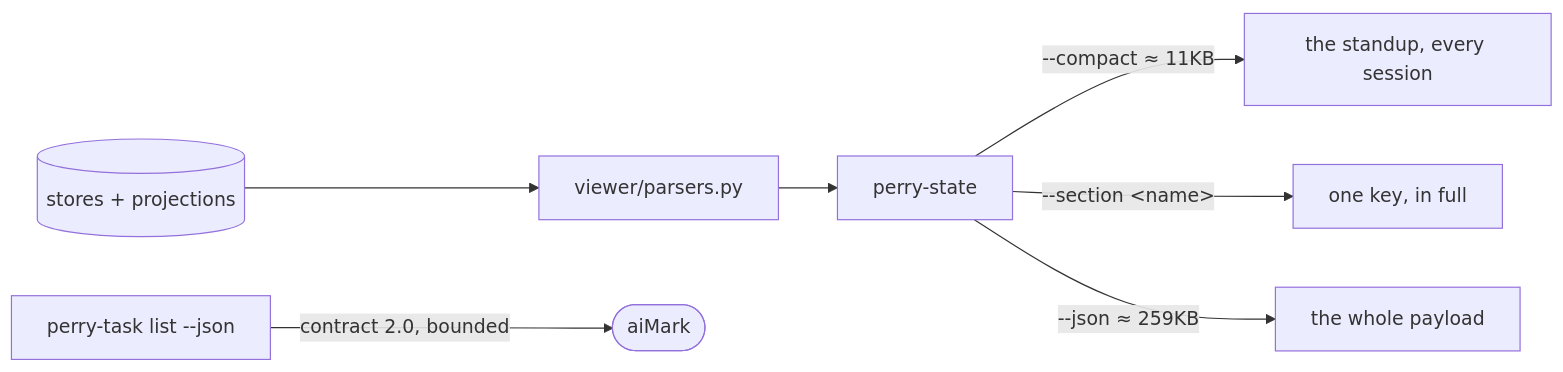
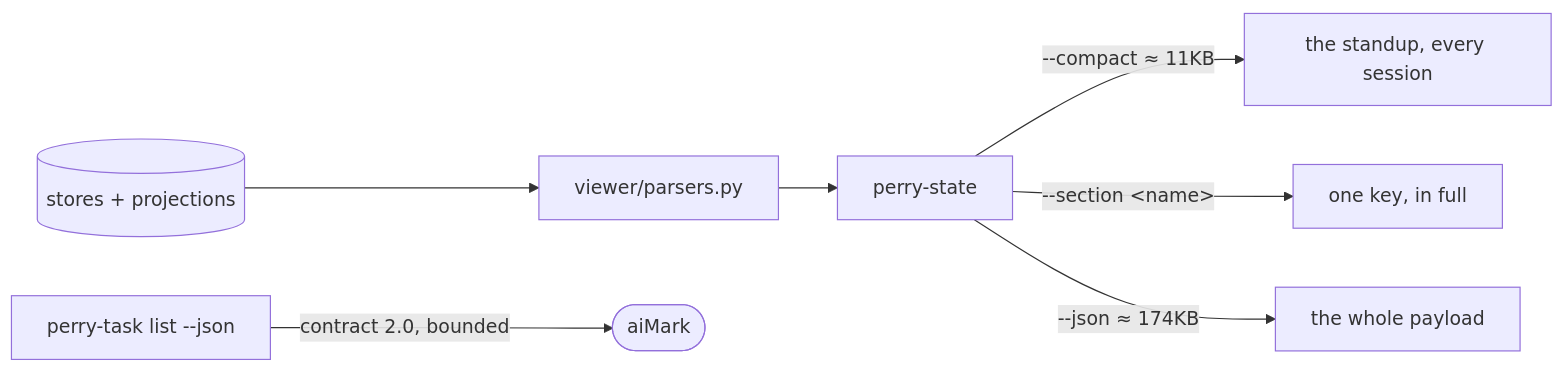
Before and after one commit to ranjiao/Perry: the third of 3 diagrams in ARCHITECTURE.md, drawn with Mermaid. The commit also changed other lines of this file and 4 other files, not shown here.

````diff
--- a/ARCHITECTURE.md
+++ b/ARCHITECTURE.md
@@ -161,9 +162,9 @@
 ```mermaid
 flowchart LR
     State[("stores + projections")] --> P["viewer/parsers.py"]
     P --> S["perry-state"]
     S -->|"--compact ≈ 11KB"| Standup["the standup, every session"]
     S -->|"--section &lt;name&gt;"| Detail["one key, in full"]
-    S -->|"--json ≈ 259KB"| Whole["the whole payload"]
+    S -->|"--json ≈ 174KB"| Whole["the whole payload"]
     T["perry-task list --json"] -->|"contract 2.0, bounded"| Outside([aiMark])
 ```
````
